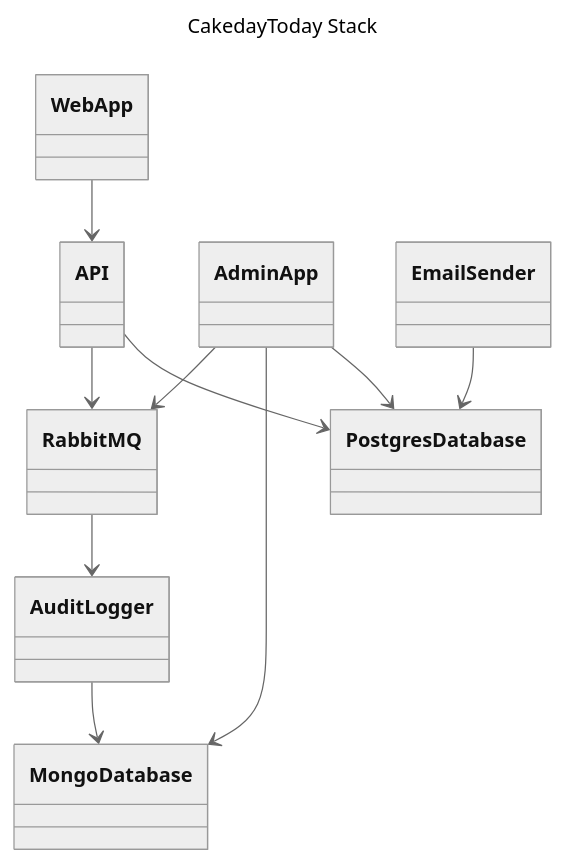
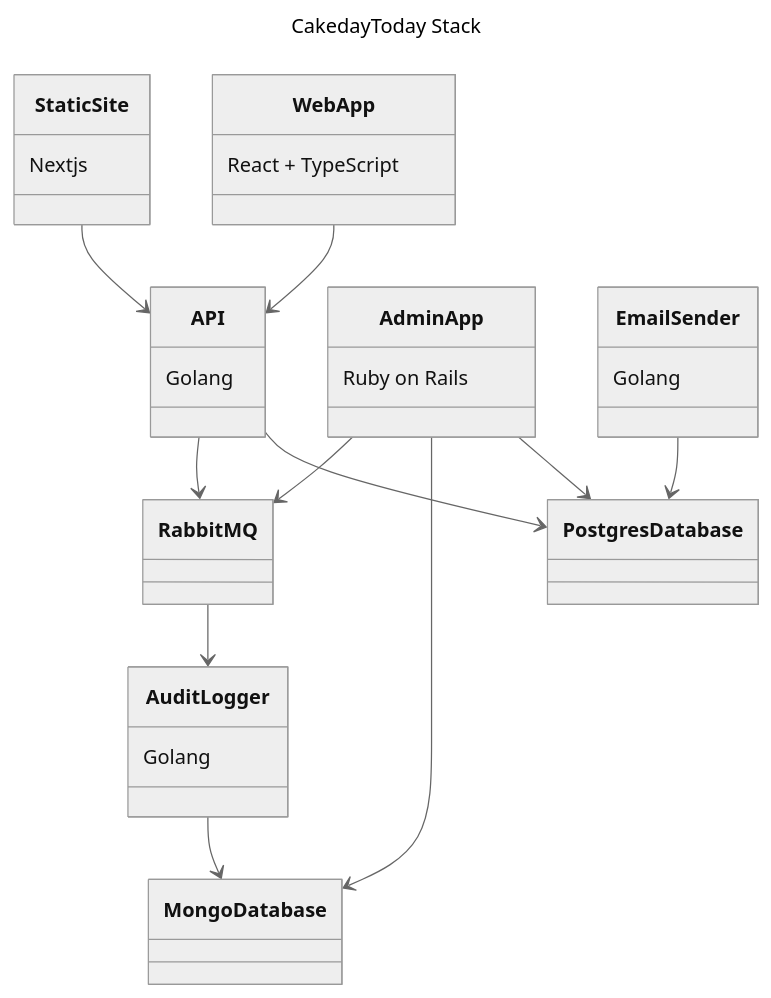
Before and after one commit to yigitsadic/birthdayproject: the first of 2 diagrams in README.md, drawn with Mermaid (neutral theme). The commit also changed other lines of this file, not shown here.

````diff
--- a/README.md
+++ b/README.md
@@ -16,17 +16,26 @@
 ```mermaid
 ---
 title: CakedayToday Stack
 ---
 
 classDiagram
 
 API --> Postgres Database
 Web App --> API
 Admin App --> Postgres Database
 Admin App --> Mongo Database
 Email Sender --> Postgres Database
 API --> RabbitMQ
 Admin App --> RabbitMQ
 RabbitMQ --> Audit Logger
 Audit Logger --> Mongo Database
+Static Site --> API
+
+API : Golang
+Web App : React + TypeScript
+Email Sender : Golang
+Audit Logger : Golang
+Admin App : Ruby on Rails
+Static Site : Nextjs
+
 ```
````
